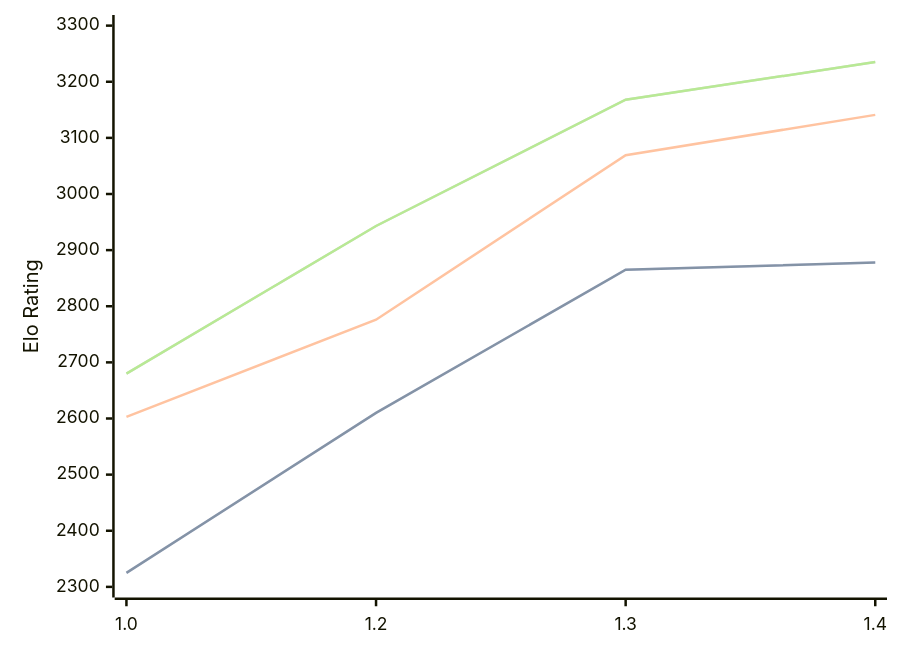
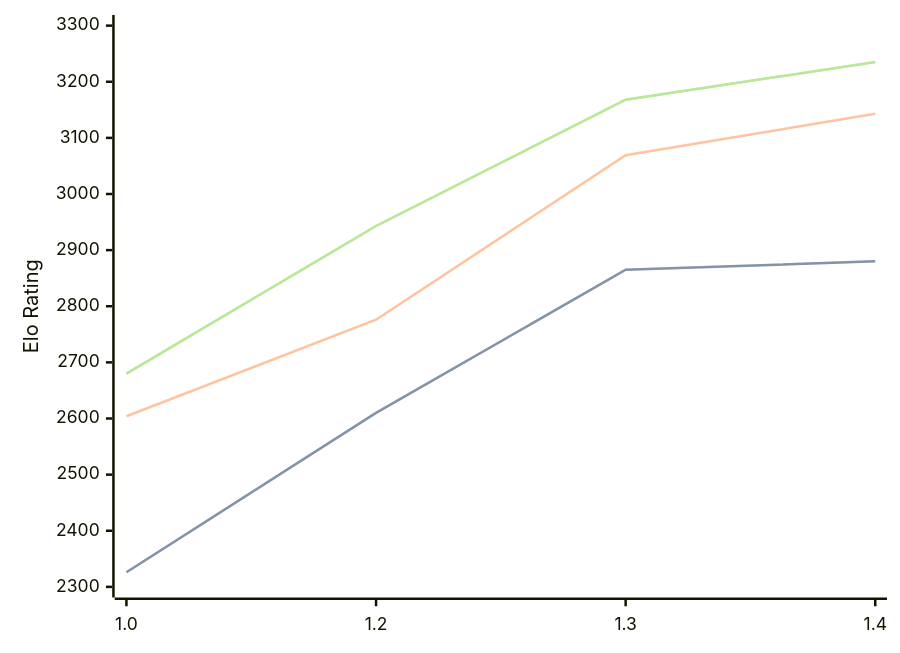
The diagram in engines/Chessnix.md (computer-chess-index/cci), drawn with Mermaid before and after one commit. The commit also changed other lines of this file, not shown here.

````diff
--- a/engines/Chessnix.md
+++ b/engines/Chessnix.md
@@ -34,11 +34,11 @@
 ```mermaid
 %%{init: {"theme":"base","themeVariables":{"seriesColors:['#a3a3a3','#222221','#faa371']}}}%%
 xychart-beta
   x-axis ["1.0", "1.2", "1.3", "1.4"]
   y-axis "Elo Rating" 2300 --> 3300
-  line "" [2325, 2610, 2865, 2878]
-  line "STC (8.0+0.08s)" [2325, 2610, 2865, 2878]
-  line "LTC (60.0+0.60s)" [2603, 2776, 3069, 3141]
+  line "" [2326, 2610, 2865, 2880]
+  line "STC (8.0+0.08s)" [2326, 2610, 2865, 2880]
+  line "LTC (60.0+0.60s)" [2604, 2776, 3069, 3143]
   line "" [2680, 2943, 3168, 3235]
   line "VLTC (2m24s+1.12s)" [2680, 2943, 3168, 3235]
 ```
````
